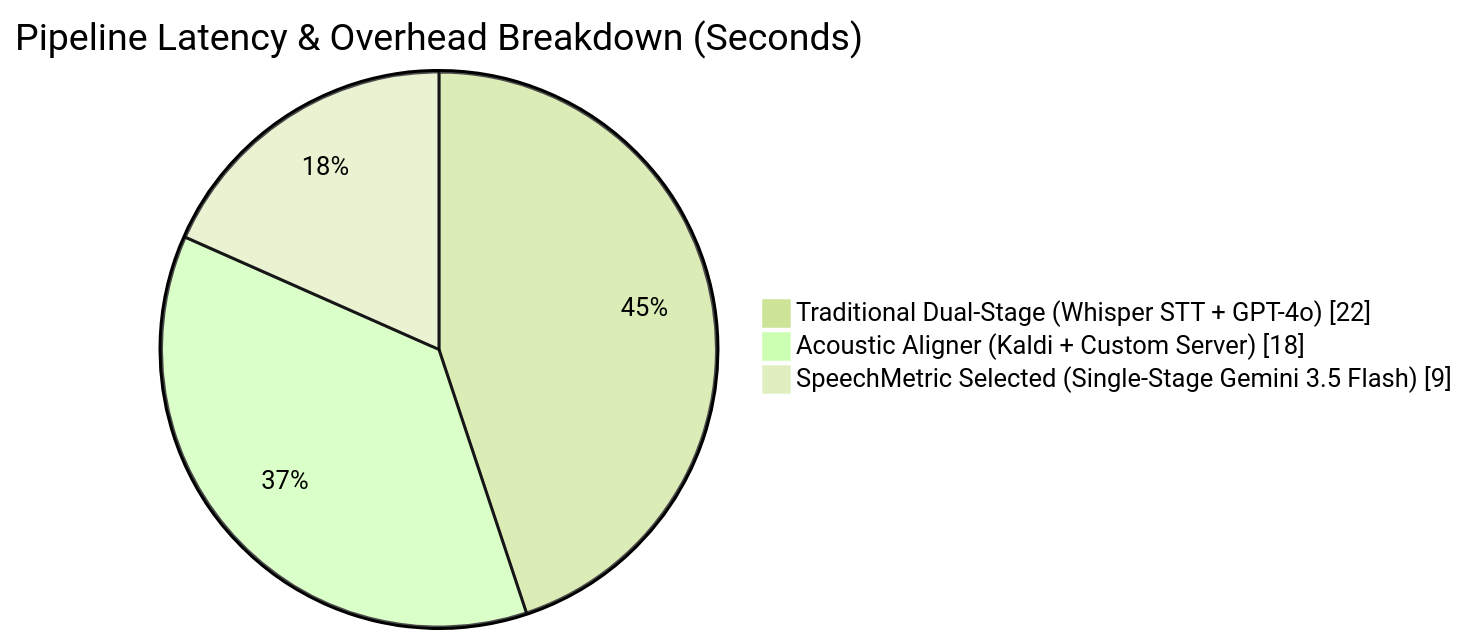
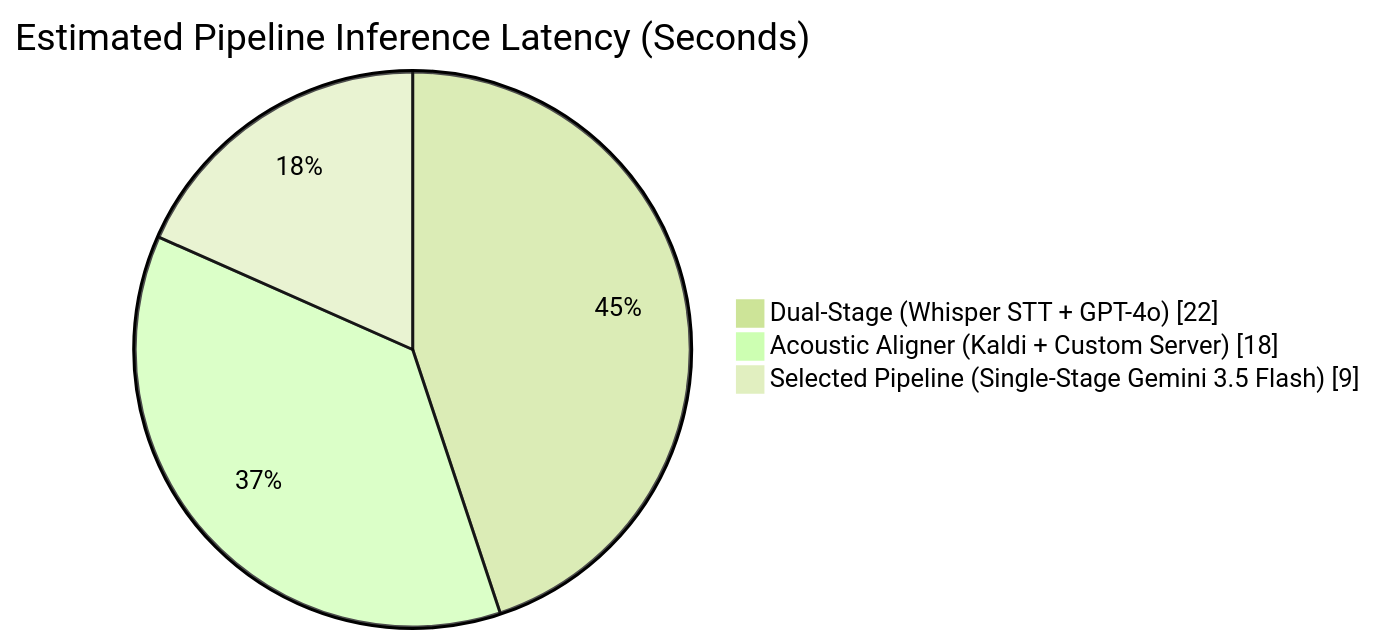
The second of 3 diagrams in SYSTEM_ARCHITECTURE.md (nareshchandu17/Speechmetric), drawn with Mermaid (forest theme) before and after one commit. The commit also changed other lines of this file, not shown here.

First line of the commit message:
refactor(docs): refine system architecture to concise, evidence-driven engineering standards

````diff
--- a/SYSTEM_ARCHITECTURE.md
+++ b/SYSTEM_ARCHITECTURE.md
@@ -61,7 +61,7 @@
 ```mermaid
 pie showData
-    title Pipeline Latency & Overhead Breakdown (Seconds)
-    "Traditional Dual-Stage (Whisper STT + GPT-4o)" : 22
+    title Estimated Pipeline Inference Latency (Seconds)
+    "Dual-Stage (Whisper STT + GPT-4o)" : 22
     "Acoustic Aligner (Kaldi + Custom Server)" : 18
-    "SpeechMetric Selected (Single-Stage Gemini 3.5 Flash)" : 9
+    "Selected Pipeline (Single-Stage Gemini 3.5 Flash)" : 9
 ```
````
